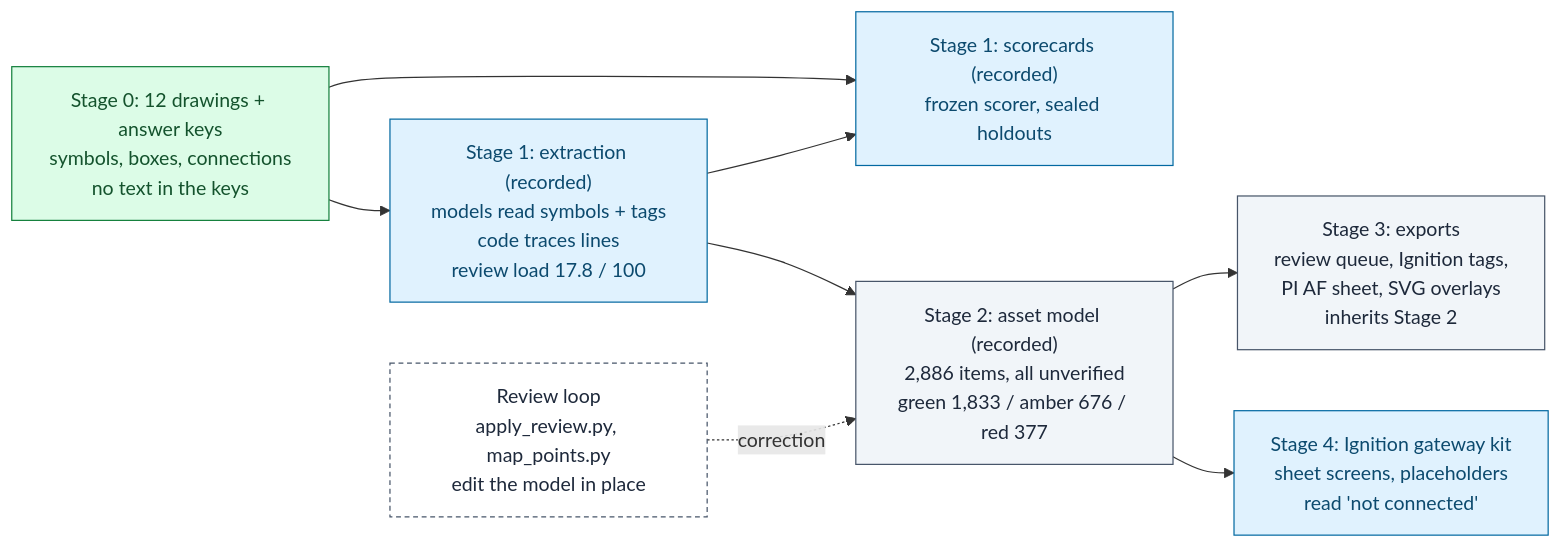
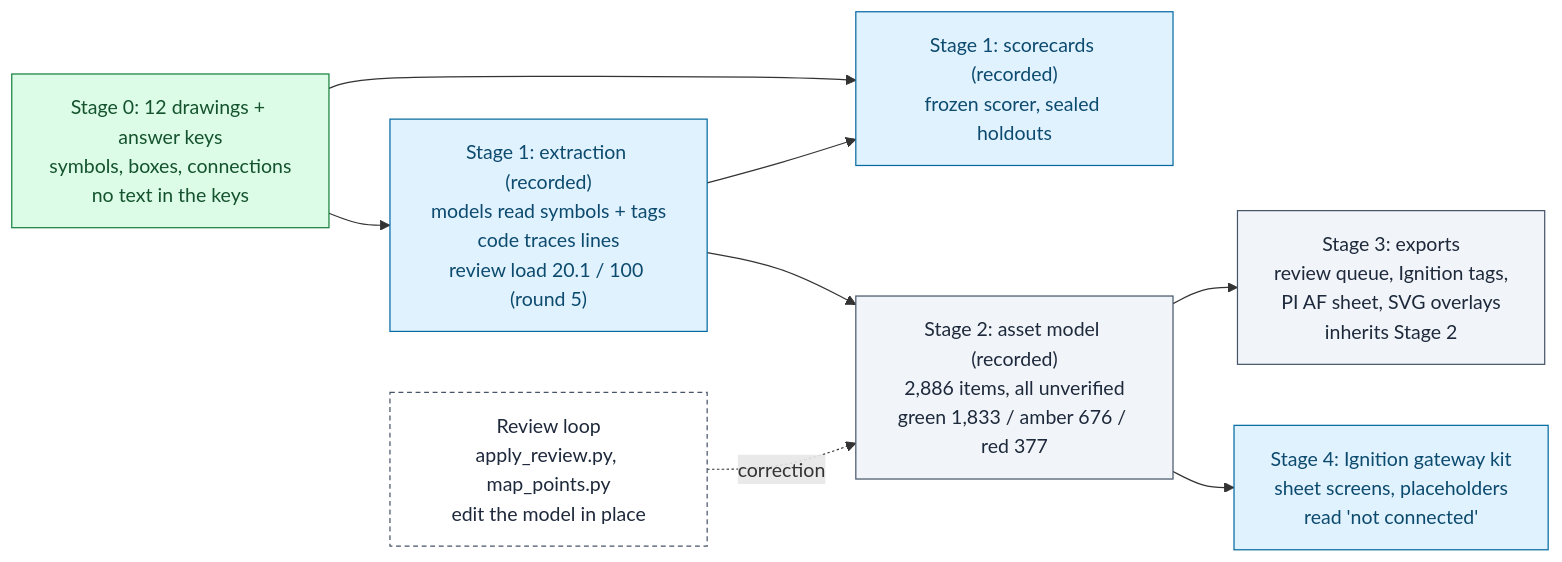
One commit to steve-vitale/pid-to-digital-twin changed the second of 2 diagrams in docs/DATA_LINEAGE.md. Above: the diagram before and after it, drawn with Mermaid. The commit also changed other lines of this file and 30 other files, not shown here.

````diff
--- a/docs/DATA_LINEAGE.md
+++ b/docs/DATA_LINEAGE.md
@@ -183,19 +204,19 @@
 ```mermaid
 flowchart LR
     S0["Stage 0: 12 drawings + answer keys<br/>symbols, boxes, connections<br/>no text in the keys"]:::verified
-    X["Stage 1: extraction (recorded)<br/>models read symbols + tags<br/>code traces lines<br/>review load 17.8 / 100"]:::measured
+    X["Stage 1: extraction (recorded)<br/>models read symbols + tags<br/>code traces lines<br/>review load 20.1 / 100 (round 5)"]:::measured
     SC["Stage 1: scorecards (recorded)<br/>frozen scorer, sealed holdouts"]:::measured
     T["Stage 2: asset model (recorded)<br/>2,886 items, all unverified<br/>green 1,833 / amber 676 / red 377"]:::inherits
     R["Review loop<br/>apply_review.py, map_points.py<br/>edit the model in place"]:::human
     E["Stage 3: exports<br/>review queue, Ignition tags,<br/>PI AF sheet, SVG overlays<br/>inherits Stage 2"]:::inherits
     G["Stage 4: Ignition gateway kit<br/>sheet screens, placeholders<br/>read 'not connected'"]:::measured
     S0 --> X --> T --> E
     S0 --> SC
     X --> SC
     R -. correction .-> T
     T --> G
     classDef verified fill:#dcfce7,stroke:#15803d,color:#14532d
     classDef measured fill:#e0f2fe,stroke:#0369a1,color:#0c4a6e
     classDef inherits fill:#f1f5f9,stroke:#475569,color:#1e293b
     classDef human fill:#ffffff,stroke:#475569,stroke-dasharray:4 3,color:#1e293b
 ```
````
